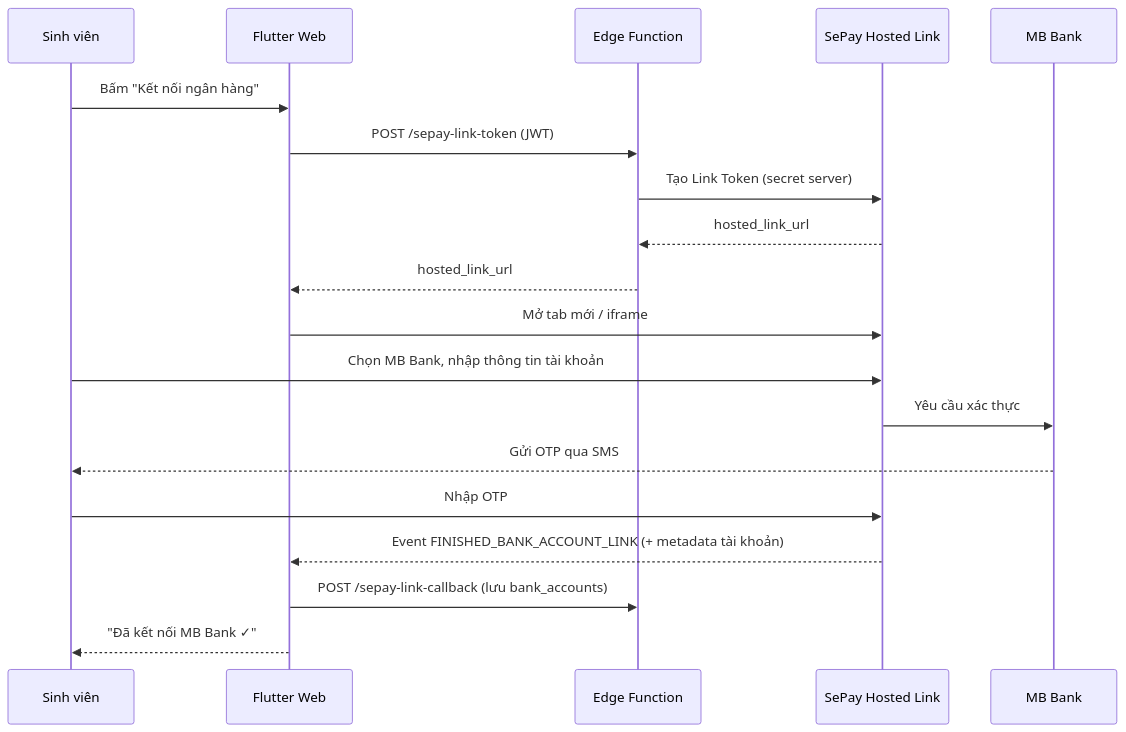
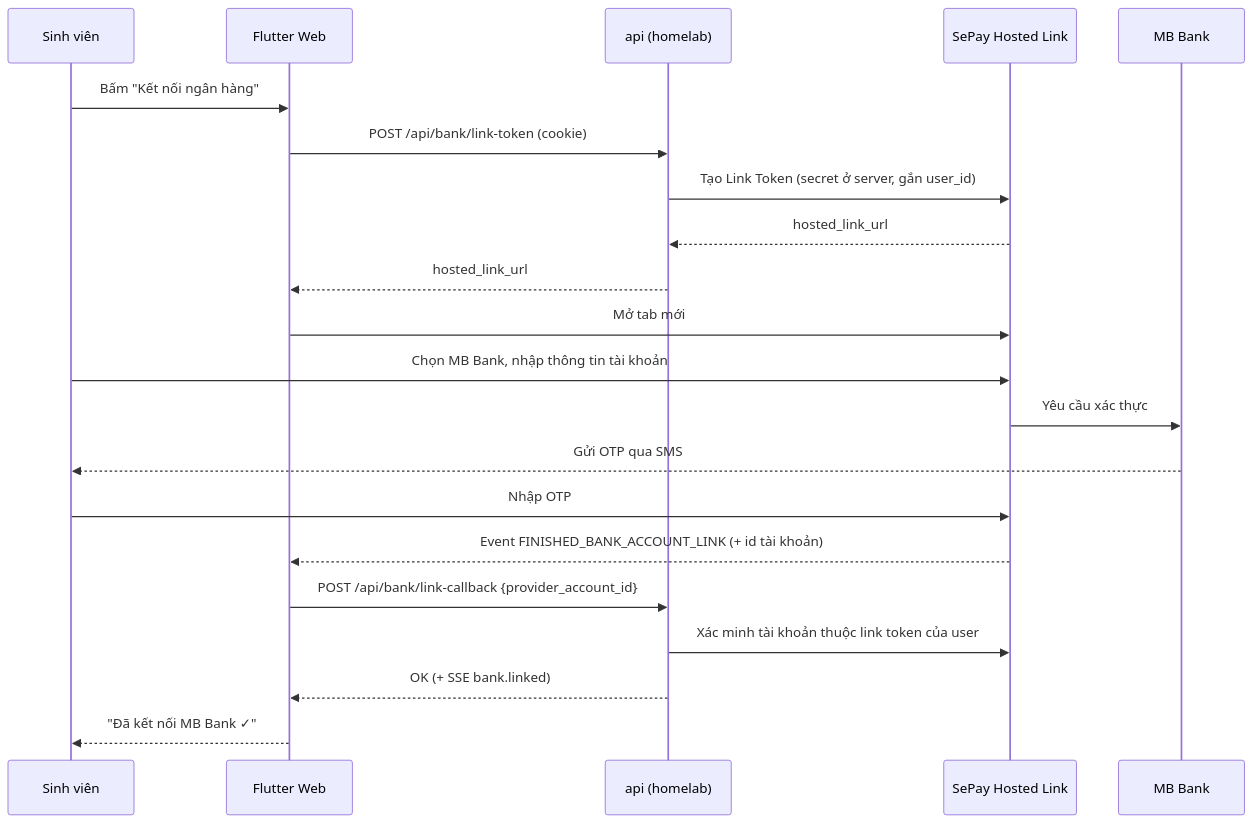
One commit to PhamNam342/ITSS2 changed the third of 3 diagrams in SYSTEM_SPEC.md. Above: the diagram before and after it, drawn with Mermaid. The commit also changed other lines of this file and 37 other files, not shown here.

````diff
--- a/SYSTEM_SPEC.md
+++ b/SYSTEM_SPEC.md
@@ -518,22 +571,24 @@
 ```mermaid
 sequenceDiagram
     participant U as Sinh viên
     participant F as Flutter Web
-    participant E as Edge Function
+    participant A as api (homelab)
     participant S as SePay Hosted Link
     participant M as MB Bank
 
     U->>F: Bấm "Kết nối ngân hàng"
-    F->>E: POST /sepay-link-token (JWT)
-    E->>S: Tạo Link Token (secret server)
-    S-->>E: hosted_link_url
-    E-->>F: hosted_link_url
-    F->>S: Mở tab mới / iframe
+    F->>A: POST /api/bank/link-token (cookie)
+    A->>S: Tạo Link Token (secret ở server, gắn user_id)
+    S-->>A: hosted_link_url
+    A-->>F: hosted_link_url
+    F->>S: Mở tab mới
     U->>S: Chọn MB Bank, nhập thông tin tài khoản
     S->>M: Yêu cầu xác thực
     M-->>U: Gửi OTP qua SMS
     U->>S: Nhập OTP
-    S-->>F: Event FINISHED_BANK_ACCOUNT_LINK (+ metadata tài khoản)
-    F->>E: POST /sepay-link-callback (lưu bank_accounts)
+    S-->>F: Event FINISHED_BANK_ACCOUNT_LINK (+ id tài khoản)
+    F->>A: POST /api/bank/link-callback {provider_account_id}
+    A->>S: Xác minh tài khoản thuộc link token của user
+    A-->>F: OK (+ SSE bank.linked)
     F-->>U: "Đã kết nối MB Bank ✓"
 ```
````
